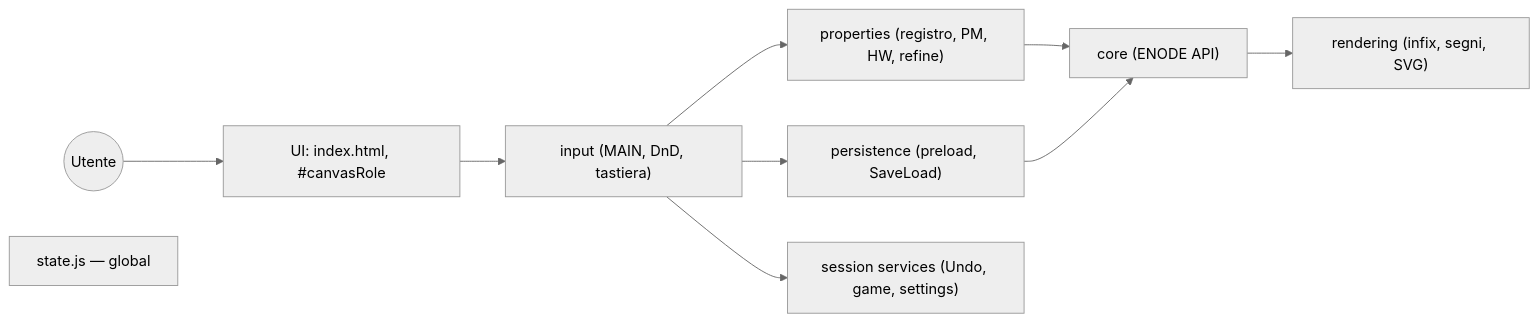
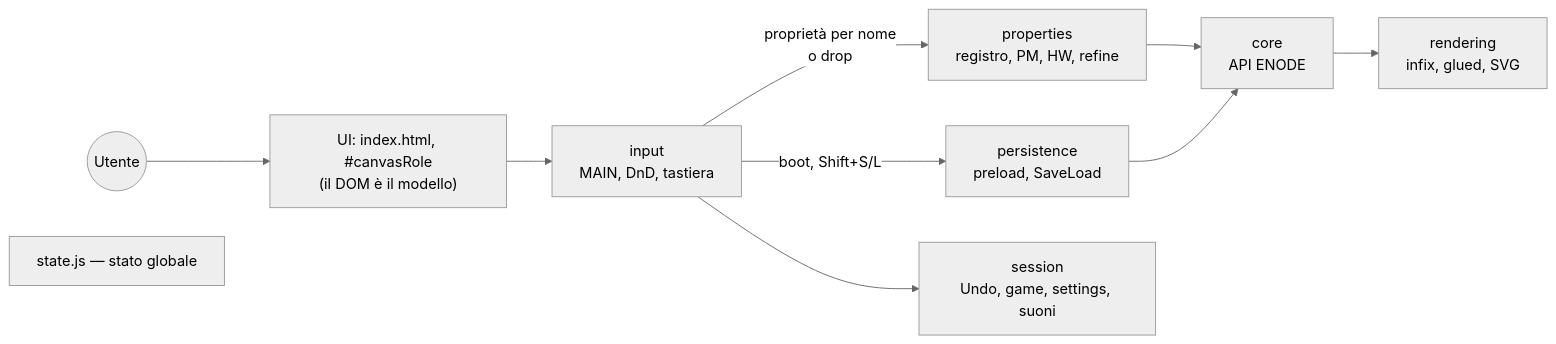
Before and after one commit to RomualdoGrillo/Aabacus: the first of 3 diagrams in project/specs/software-modules.md, drawn with Mermaid (neutral theme). The commit also changed other lines of this file and 3 other files, not shown here.

Commit message:
docs(specs): schema moduli aggiornato post-IIFE — tabella strati/namespace/api, vista completa con archi verificati sul codice e risalite censite (tratteggiate); SVG renderizzati in diagrams/; note obsolete corrette (canvasRole, ssnapshot)

````diff
--- a/project/specs/software-modules.md
+++ b/project/specs/software-modules.md
@@ -25,12 +35,12 @@
 ```mermaid
 flowchart LR
-    Utente((Utente)) --> uiNode["UI: index.html, #canvasRole"]
-    uiNode --> inputNode["input (MAIN, DnD, tastiera)"]
-    inputNode --> propertiesNode["properties (registro, PM, HW, refine)"]
-    propertiesNode --> coreNode["core (ENODE API)"]
-    coreNode --> renderingNode["rendering (infix, segni, SVG)"]
-    inputNode --> persistenceNode["persistence (preload, SaveLoad)"]
+    Utente((Utente)) --> uiNode["UI: index.html, #canvasRole<br/>(il DOM è il modello)"]
+    uiNode --> inputNode["input<br/>MAIN, DnD, tastiera"]
+    inputNode -->|"proprietà per nome<br/>o drop"| propertiesNode["properties<br/>registro, PM, HW, refine"]
+    propertiesNode --> coreNode["core<br/>API ENODE"]
+    coreNode --> renderingNode["rendering<br/>infix, glued, SVG"]
+    inputNode -->|"boot, Shift+S/L"| persistenceNode["persistence<br/>preload, SaveLoad"]
     persistenceNode --> coreNode
-    inputNode --> sessionNode["session services (Undo, game, settings)"]
-    stateNode["state.js — global"]
+    inputNode --> sessionNode["session<br/>Undo, game, settings, suoni"]
+    stateNode["state.js — stato globale"]
 ```
````
